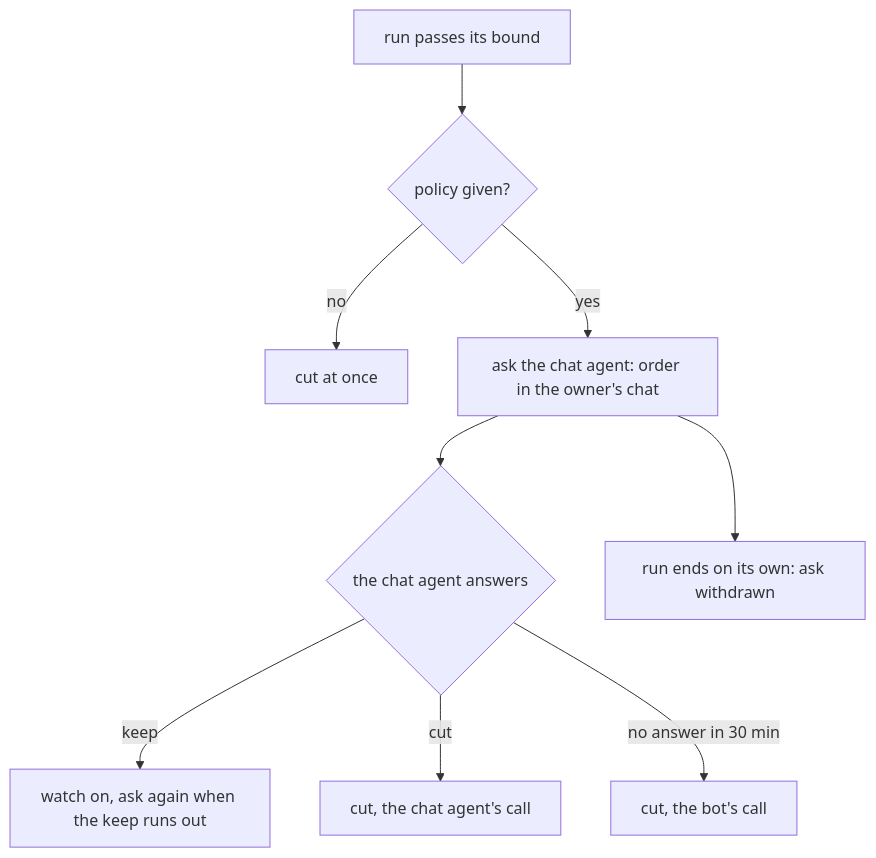
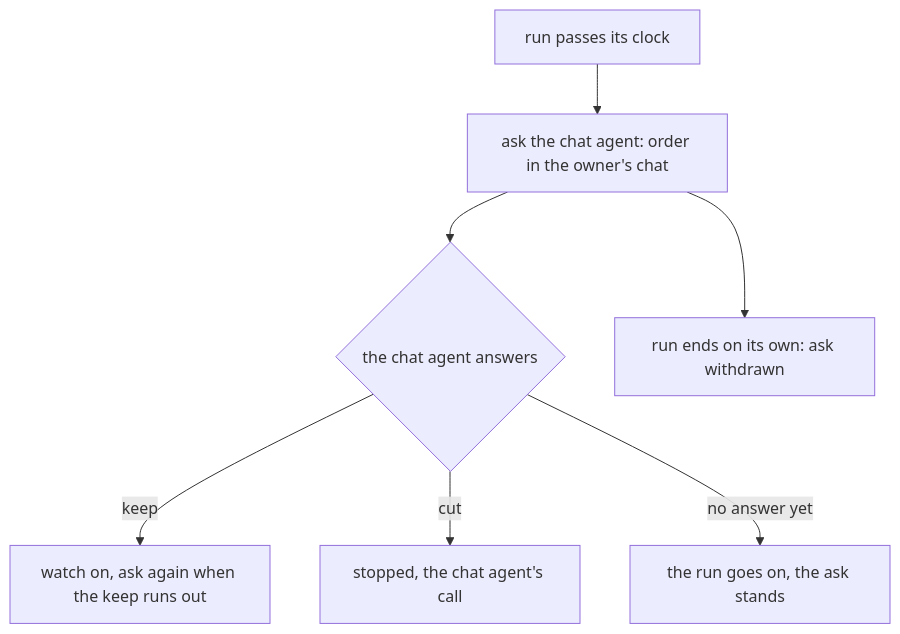
One commit to ahas/bmo-agency changed the first of 2 diagrams in docs/agent-control.md. Above: the diagram before and after it, drawn with Mermaid. The commit also changed other lines of this file and 7 other files, not shown here.

First line of the commit message:
State that a resident turn waits for its events and a clock only asks

````diff
--- a/docs/agent-control.md
+++ b/docs/agent-control.md
@@ -1129,11 +1133,9 @@
 ```mermaid
 flowchart TD
-  A[run passes its bound] --> B{policy given?}
-  B -- no --> C[cut at once]
-  B -- yes --> D[ask the chat agent: order in the owner's chat]
+  A[run passes its clock] --> D[ask the chat agent: order in the owner's chat]
   D --> E{the chat agent answers}
   E -- keep --> F[watch on, ask again when the keep runs out]
-  E -- cut --> G[cut, the chat agent's call]
-  E -- no answer in 30 min --> H[cut, the bot's call]
+  E -- cut --> G[stopped, the chat agent's call]
+  E -- no answer yet --> H[the run goes on, the ask stands]
   D --> I[run ends on its own: ask withdrawn]
 ```
````
